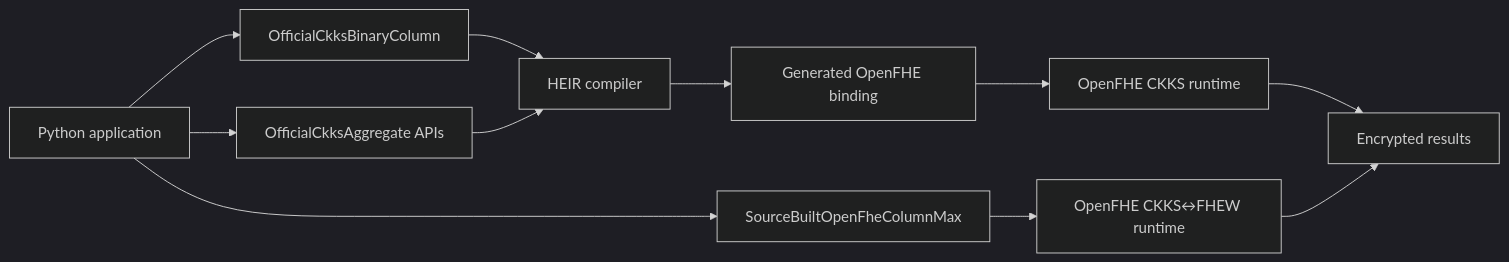
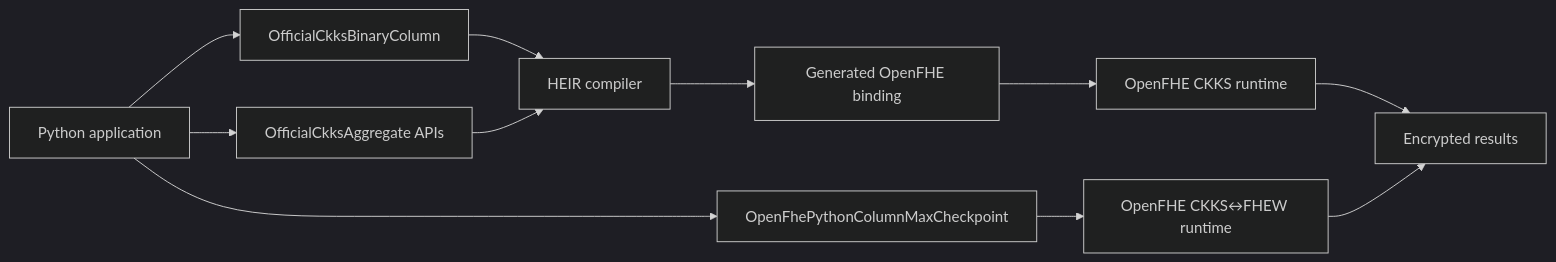
One commit to Nhatcao1/end2end_homecredit_lgbm changed the diagram in docs/HE_COMPUTATION_APIS.md. Above: the diagram before and after it, drawn with Mermaid (dark theme). The commit also changed other lines of this file and 12 other files, not shown here.

Commit message:
Use OpenFHE Python for checkpointed max

````diff
--- a/docs/HE_COMPUTATION_APIS.md
+++ b/docs/HE_COMPUTATION_APIS.md
@@ -150,18 +151,18 @@
 ```mermaid
 flowchart LR
     PY[Python application]
 
     PY --> COL[OfficialCkksBinaryColumn]
     PY --> AGG[OfficialCkksAggregate APIs]
 
     COL --> HEIR[HEIR compiler]
     AGG --> HEIR
     HEIR --> GENERATED[Generated OpenFHE binding]
     GENERATED --> CKKS[OpenFHE CKKS runtime]
 
-    PY --> MAX[SourceBuiltOpenFheColumnMax]
+    PY --> MAX[OpenFhePythonColumnMaxCheckpoint]
     MAX --> SWITCH[OpenFHE CKKS↔FHEW runtime]
 
     CKKS --> RESULT[Encrypted results]
     SWITCH --> RESULT
 ```
````
